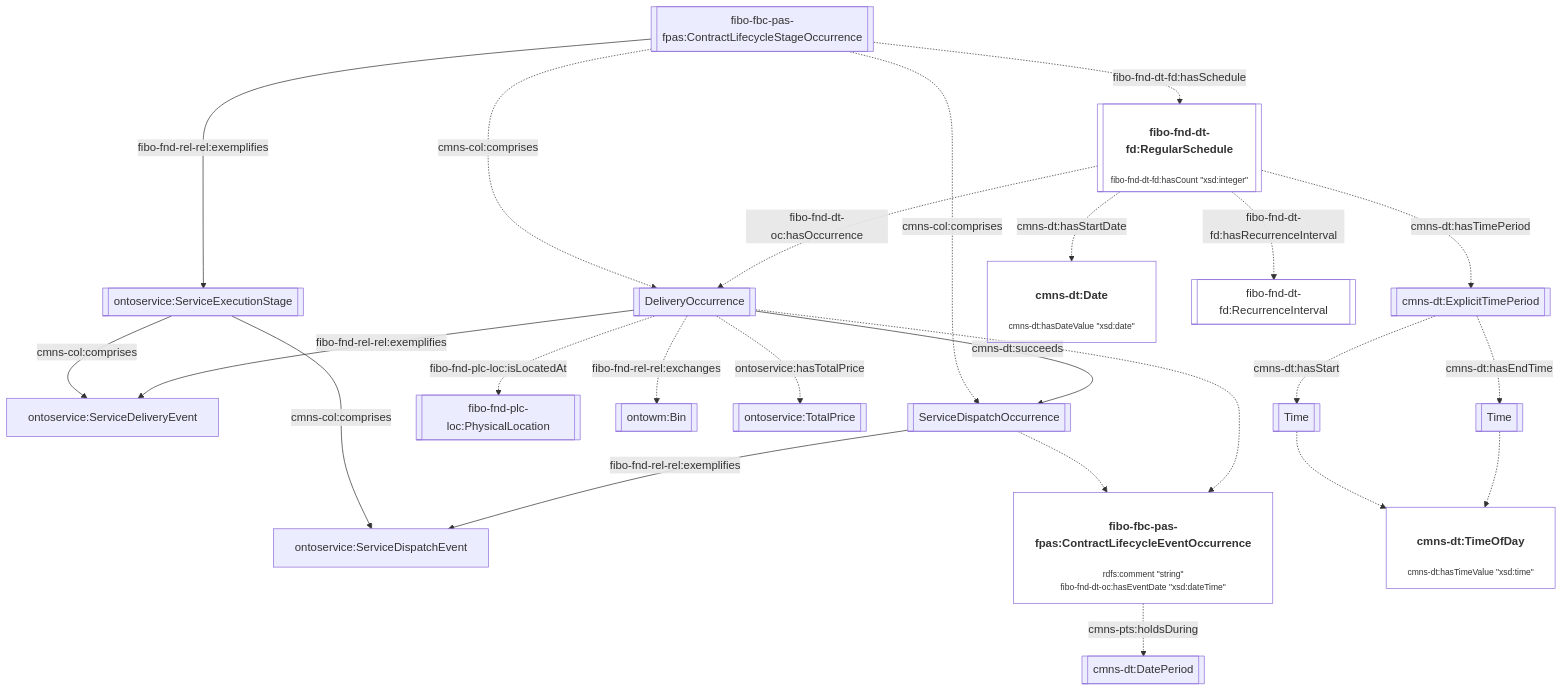
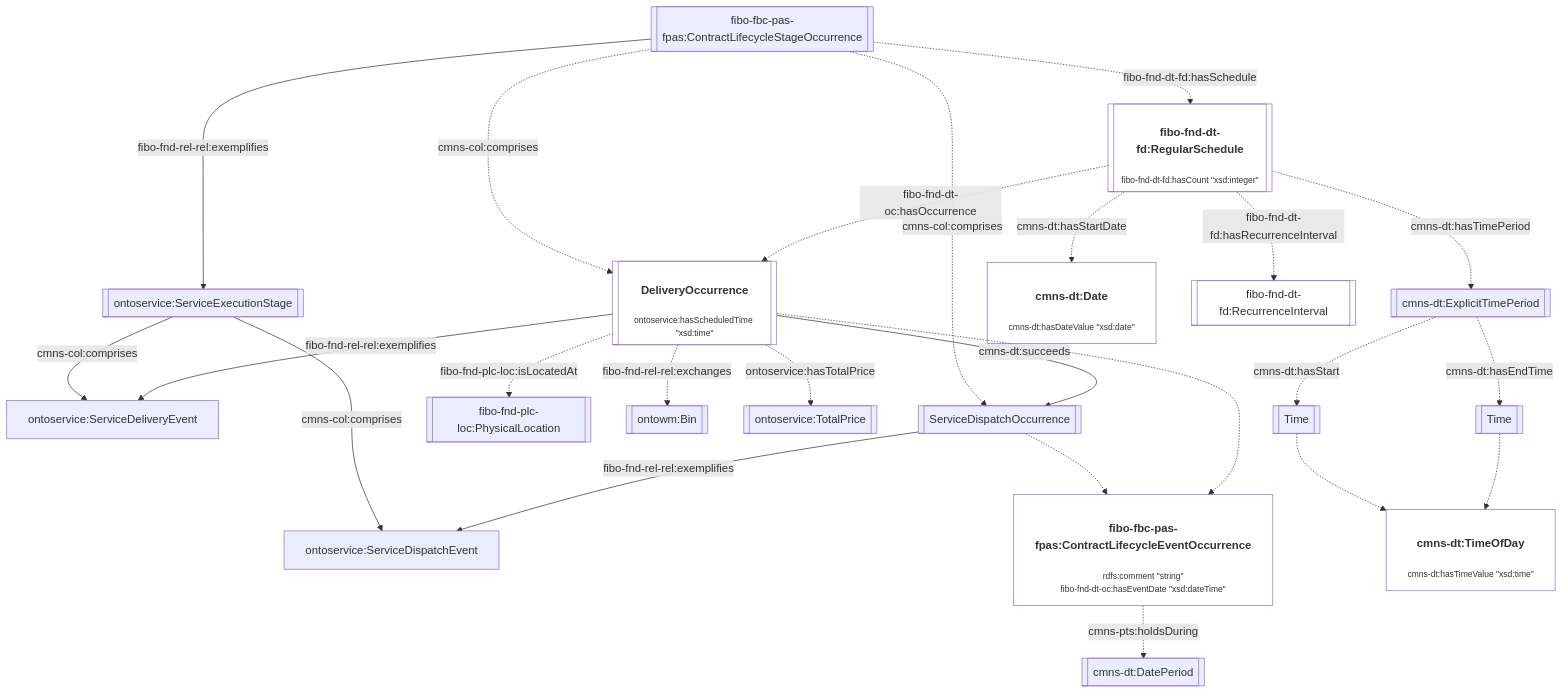
Before and after one commit to cambridge-cares/TheWorldAvatar: the eighth of 14 diagrams in JPS_Ontology/ontology/ontowastemanagement/README.md, drawn with Mermaid. The commit also changed 3 other files, not shown here.

Commit message:
dev-service-execution-ontology-extension: extended a has scheduled time property

````diff
--- a/JPS_Ontology/ontology/ontowastemanagement/README.md
+++ b/JPS_Ontology/ontology/ontowastemanagement/README.md
@@ -302,36 +302,36 @@
 ```mermaid
 flowchart TD
     %% Styling
     classDef literal fill:none
     classDef node overflow-wrap:break-word,text-wrap:pretty
     linkStyle default overflow-wrap:break-word,text-wrap:pretty;
 
     %% Contents
     StageOccurrence[[fibo-fbc-pas-fpas:ContractLifecycleStageOccurrence]] -- fibo-fnd-rel-rel:exemplifies --> ServiceExecutionStage[[ontoservice:ServiceExecutionStage]]
     ServiceExecutionStage -- cmns-col:comprises --> ServiceDispatchEvent[ontoservice:ServiceDispatchEvent]
     ServiceExecutionStage -- cmns-col:comprises --> ServiceDeliveryEvent[ontoservice:ServiceDeliveryEvent]
 
     StageOccurrence -. cmns-col:comprises .-> DispatchOccurrence[[ServiceDispatchOccurrence]]
     DispatchOccurrence -- fibo-fnd-rel-rel:exemplifies --> ServiceDispatchEvent
     DispatchOccurrence -.-> EventOccurrence["<h4>fibo-fbc-pas-fpas:ContractLifecycleEventOccurrence</h4><p style='font-size:0.75rem;'>rdfs:comment &quot;string&quot;<br>fibo-fnd-dt-oc:hasEventDate &quot;xsd:dateTime&quot;</p>"]:::literal
     EventOccurrence -. cmns-pts:holdsDuring .-> DatePeriod[[cmns-dt:DatePeriod]]
 
-    StageOccurrence -. cmns-col:comprises .-> DeliveryOccurrence[[DeliveryOccurrence]]
+    StageOccurrence -. cmns-col:comprises .-> DeliveryOccurrence[["<h4>DeliveryOccurrence</h4><p style='font-size:0.75rem;'>ontoservice:hasScheduledTime &quot;xsd:time&quot;</p>"]]:::literal
     DeliveryOccurrence -- fibo-fnd-rel-rel:exemplifies --> ServiceDeliveryEvent
     DeliveryOccurrence -.-> EventOccurrence
     DeliveryOccurrence -- cmns-dt:succeeds --> DispatchOccurrence
     DeliveryOccurrence -. fibo-fnd-plc-loc:isLocatedAt .-> Location[[fibo-fnd-plc-loc:PhysicalLocation]]
     DeliveryOccurrence -. fibo-fnd-rel-rel:exchanges .-> Bin[[ontowm:Bin]]
     DeliveryOccurrence -. ontoservice:hasTotalPrice .-> TotalPrice[[ontoservice:TotalPrice]]
 
     StageOccurrence  -. fibo-fnd-dt-fd:hasSchedule .-> Schedule[["<h4>fibo-fnd-dt-fd:RegularSchedule</h4><p style='font-size:0.75rem;'>fibo-fnd-dt-fd:hasCount &quot;xsd:integer&quot;</p>"]]:::literal
     Schedule -. cmns-dt:hasTimePeriod .-> TimePeriod[[cmns-dt:ExplicitTimePeriod]]
     TimePeriod -. cmns-dt:hasStart .-> StartTime[[Time]]
     TimePeriod -. cmns-dt:hasEndTime .-> EndTime[[Time]]
     StartTime -.-> Time["<h4>cmns-dt:TimeOfDay</h4><p style='font-size:0.75rem;'>cmns-dt:hasTimeValue &quot;xsd:time&quot;</p>"]:::literal
     EndTime -.-> Time
 
     Schedule -. cmns-dt:hasStartDate .-> StartDate["<h4>cmns-dt:Date</h4><p style='font-size:0.75rem;'>cmns-dt:hasDateValue &quot;xsd:date&quot;</p>"]:::literal
     Schedule -. fibo-fnd-dt-fd:hasRecurrenceInterval .-> Recurrence[[fibo-fnd-dt-fd:RecurrenceInterval]]:::literal
     Schedule -. fibo-fnd-dt-oc:hasOccurrence .-> DeliveryOccurrence
 ```
````
